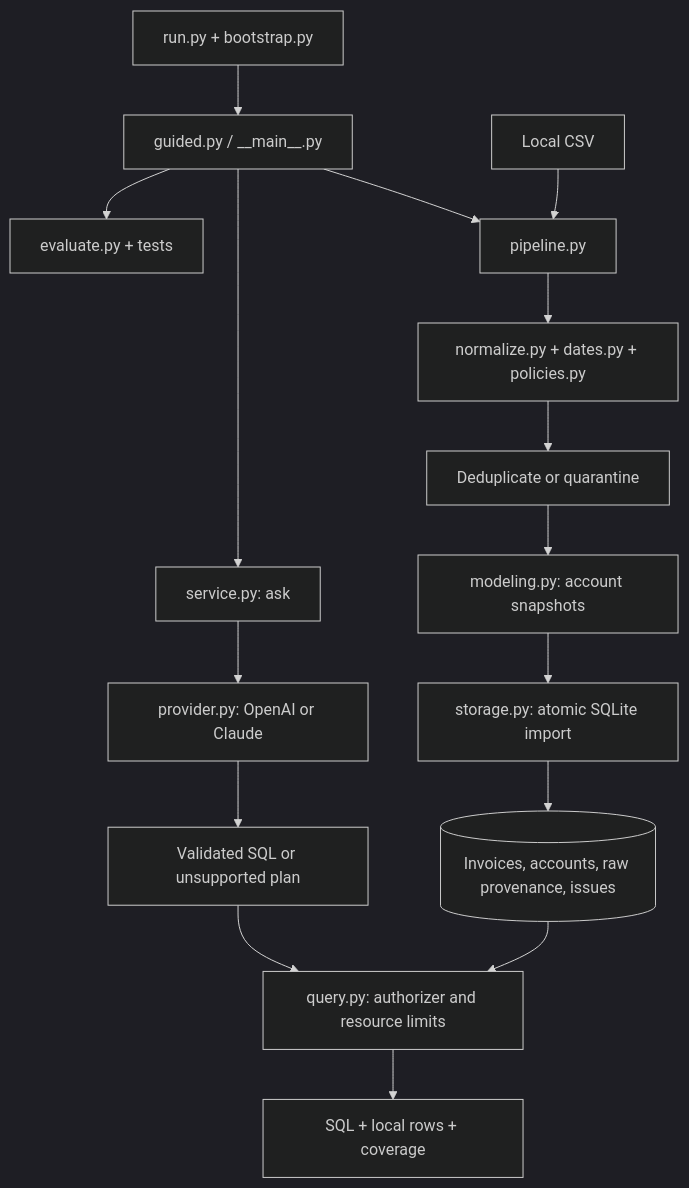
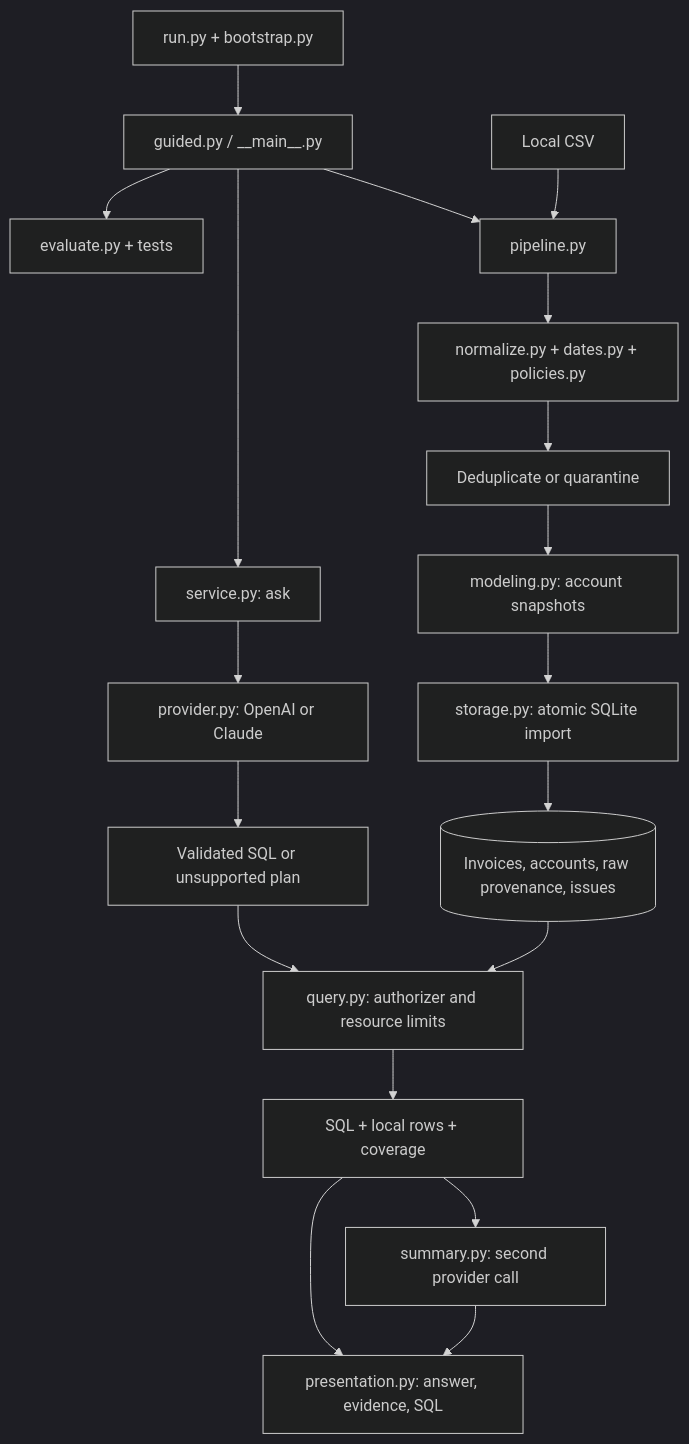
Before and after one commit to fahmidme/cloudnova-query-agent: the diagram in README.md, drawn with Mermaid (dark theme). The commit also changed other lines of this file and 14 other files, not shown here.

````diff
--- a/README.md
+++ b/README.md
@@ -116,18 +116,21 @@
 ```mermaid
 flowchart TD
     RUN[run.py + bootstrap.py] --> CLI[guided.py / __main__.py]
     CSV[Local CSV] --> P[pipeline.py]
     P --> N[normalize.py + dates.py + policies.py]
     N --> D[Deduplicate or quarantine]
     D --> M[modeling.py: account snapshots]
     M --> S[storage.py: atomic SQLite import]
     S --> DB[(Invoices, accounts, raw provenance, issues)]
     CLI --> P
     CLI --> A[service.py: ask]
     A --> L[provider.py: OpenAI or Claude]
     L --> PLAN[Validated SQL or unsupported plan]
     PLAN --> Q[query.py: authorizer and resource limits]
     DB --> Q
     Q --> OUT[SQL + local rows + coverage]
+    OUT --> SUM[summary.py: second provider call]
+    SUM --> HUMAN[presentation.py: answer, evidence, SQL]
+    OUT --> HUMAN
     CLI --> E[evaluate.py + tests]
 ```
````
